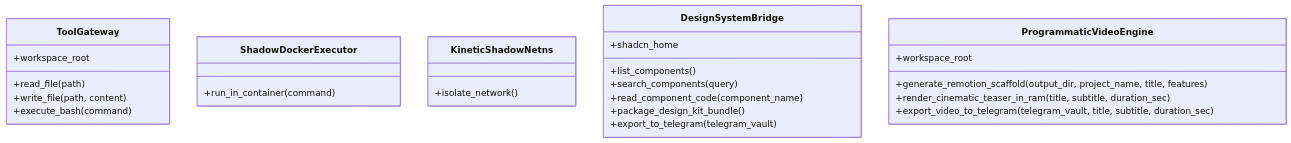
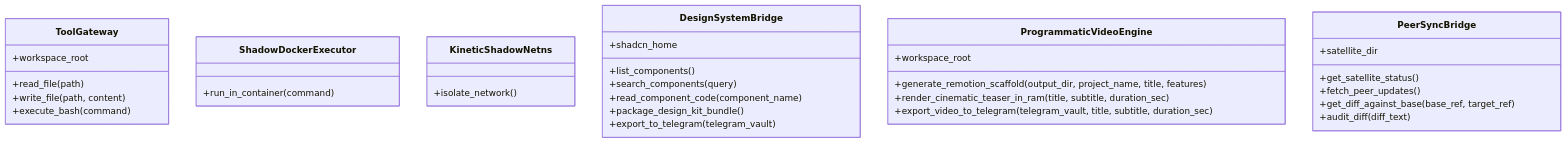
One commit to SAGBO4/FreeAi changed the diagram in docs/architecture/tools/classes.md. Above: the diagram before and after it, drawn with Mermaid. The commit also changed 4 other files, not shown here.

Commit message:
feat(satellite): integrate peer sync bridge and satellite architecture docs

````diff
--- a/docs/architecture/tools/classes.md
+++ b/docs/architecture/tools/classes.md
@@ -3,30 +3,37 @@
 ```mermaid
 classDiagram
 %% source: app/tools
 class ToolGateway {
   +workspace_root
   +read_file(path)
   +write_file(path, content)
   +execute_bash(command)
 }
 class ShadowDockerExecutor {
   +run_in_container(command)
 }
 class KineticShadowNetns {
   +isolate_network()
 }
 class DesignSystemBridge {
   +shadcn_home
   +list_components()
   +search_components(query)
   +read_component_code(component_name)
   +package_design_kit_bundle()
   +export_to_telegram(telegram_vault)
 }
 class ProgrammaticVideoEngine {
   +workspace_root
   +generate_remotion_scaffold(output_dir, project_name, title, features)
   +render_cinematic_teaser_in_ram(title, subtitle, duration_sec)
   +export_video_to_telegram(telegram_vault, title, subtitle, duration_sec)
 }
+class PeerSyncBridge {
+  +satellite_dir
+  +get_satellite_status()
+  +fetch_peer_updates()
+  +get_diff_against_base(base_ref, target_ref)
+  +audit_diff(diff_text)
+}
 ```
````
